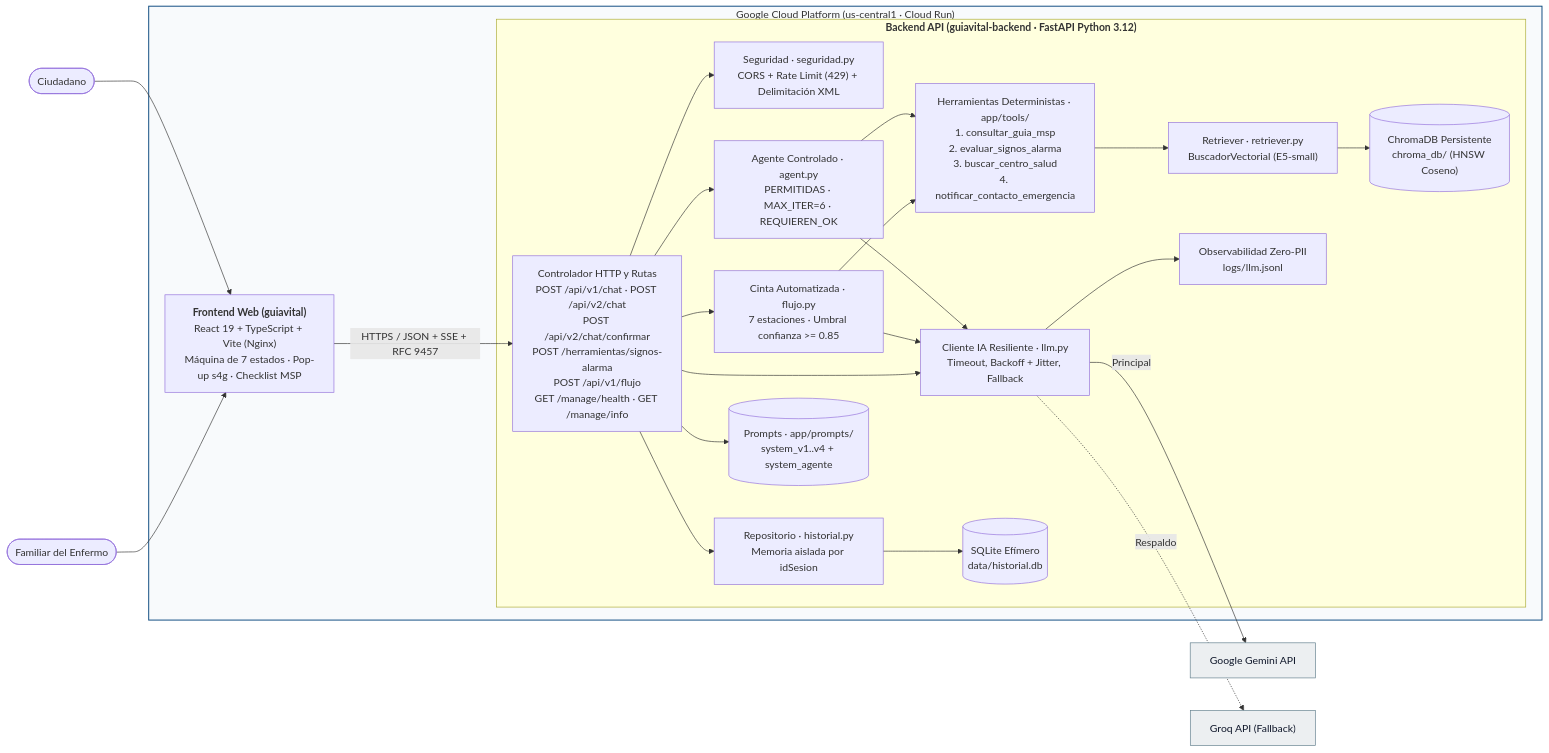
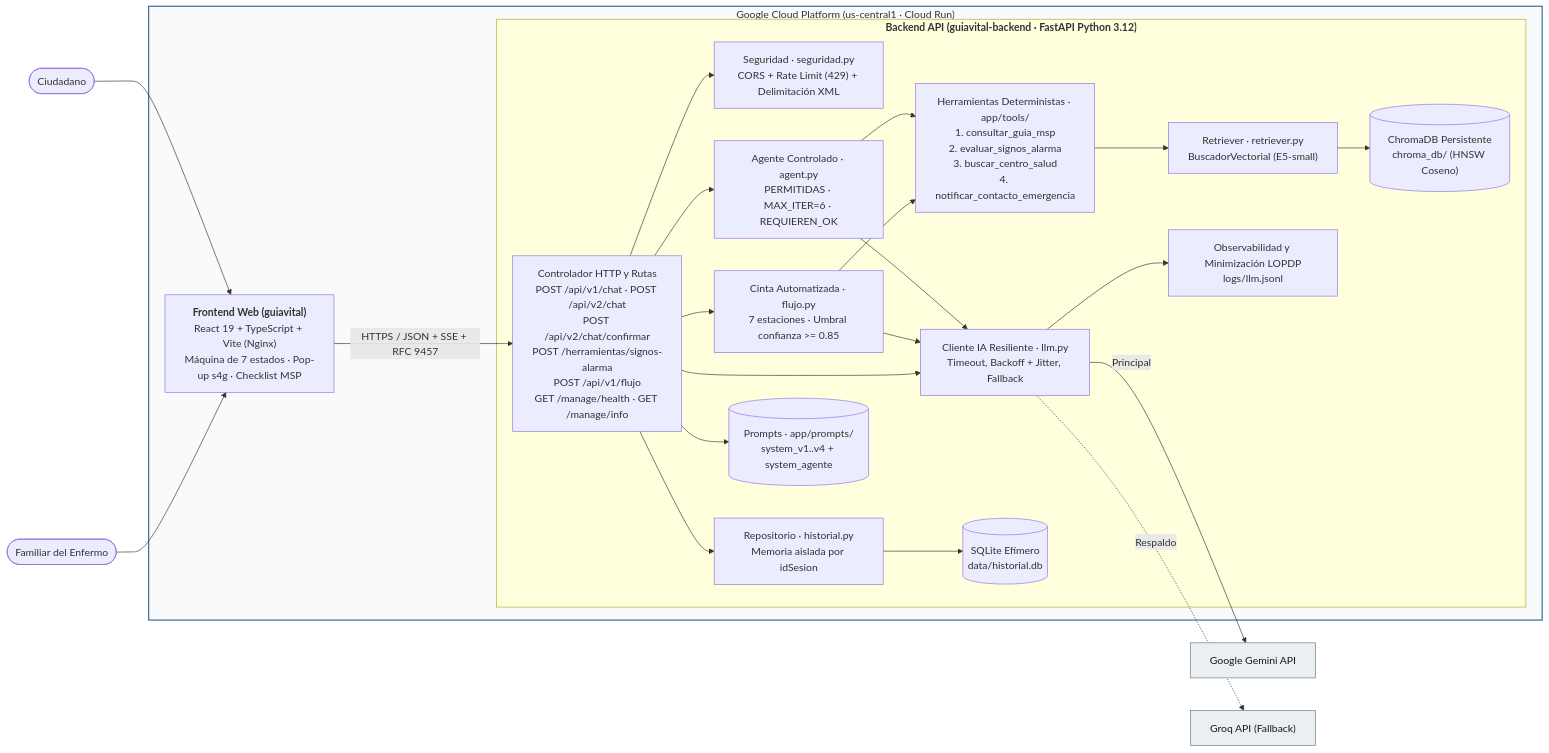
One commit to UNIPI6TO/PROY_GRADUACION_ASISTENTE_MEDICO_APP changed the second of 4 diagrams in docs/03-arquitectura.md. Above: the diagram before and after it, drawn with Mermaid. The commit also changed other lines of this file and 3 other files, not shown here.

````diff
--- a/docs/03-arquitectura.md
+++ b/docs/03-arquitectura.md
@@ -57,52 +57,52 @@
 ```mermaid
 flowchart LR
   U0(["Ciudadano"])
   U1(["Familiar del Enfermo"])
 
   subgraph GCP["Google Cloud Platform (us-central1 · Cloud Run)"]
     FE["<b>Frontend Web (guiavital)</b><br/>React 19 + TypeScript + Vite (Nginx)<br/>Máquina de 7 estados · Pop-up s4g · Checklist MSP"]
 
     subgraph BE_BOX["<b>Backend API (guiavital-backend · FastAPI Python 3.12)</b>"]
       BE["Controlador HTTP y Rutas<br/>POST /api/v1/chat · POST /api/v2/chat<br/>POST /api/v2/chat/confirmar<br/>POST /herramientas/signos-alarma<br/>POST /api/v1/flujo<br/>GET /manage/health · GET /manage/info"]
       SEC["Seguridad · seguridad.py<br/>CORS + Rate Limit (429) + Delimitación XML"]
       AG["Agente Controlado · agent.py<br/>PERMITIDAS · MAX_ITER=6 · REQUIEREN_OK"]
       FL["Cinta Automatizada · flujo.py<br/>7 estaciones · Umbral confianza >= 0.85"]
       TOOLS["Herramientas Deterministas · app/tools/<br/>1. consultar_guia_msp<br/>2. evaluar_signos_alarma<br/>3. buscar_centro_salud<br/>4. notificar_contacto_emergencia"]
       LLM["Cliente IA Resiliente · llm.py<br/>Timeout, Backoff + Jitter, Fallback"]
       RET["Retriever · retriever.py<br/>BuscadorVectorial (E5-small)"]
       REPO["Repositorio · historial.py<br/>Memoria aislada por idSesion"]
       PR[("Prompts · app/prompts/<br/>system_v1..v4 + system_agente")]
       DB[("SQLite Efímero<br/>data/historial.db")]
       VEC[("ChromaDB Persistente<br/>chroma_db/ (HNSW Coseno)")]
-      OB["Observabilidad Zero-PII<br/>logs/llm.jsonl"]
+      OB["Observabilidad y Minimización LOPDP<br/>logs/llm.jsonl"]
     end
   end
 
   P1["Google Gemini API"]
   P2["Groq API (Fallback)"]
 
   U0 --> FE
   U1 --> FE
   FE -- "HTTPS / JSON + SSE + RFC 9457" --> BE
   BE --> SEC
   BE --> AG
   BE --> FL
   AG --> TOOLS
   FL --> TOOLS
   TOOLS --> RET
   RET --> VEC
   AG --> LLM
   FL --> LLM
   BE --> LLM
   BE --> REPO
   REPO --> DB
   LLM -- "Principal" --> P1
   LLM -. "Respaldo" .-> P2
   BE --> PR
   LLM --> OB
 
   classDef ext fill:#eceff1,stroke:#607d8b,color:#0f172a
   classDef cloud fill:#f8fafc,stroke:#0f4c81,stroke-width:1.5px
   class P1,P2 ext
   class GCP cloud
 ```
````
